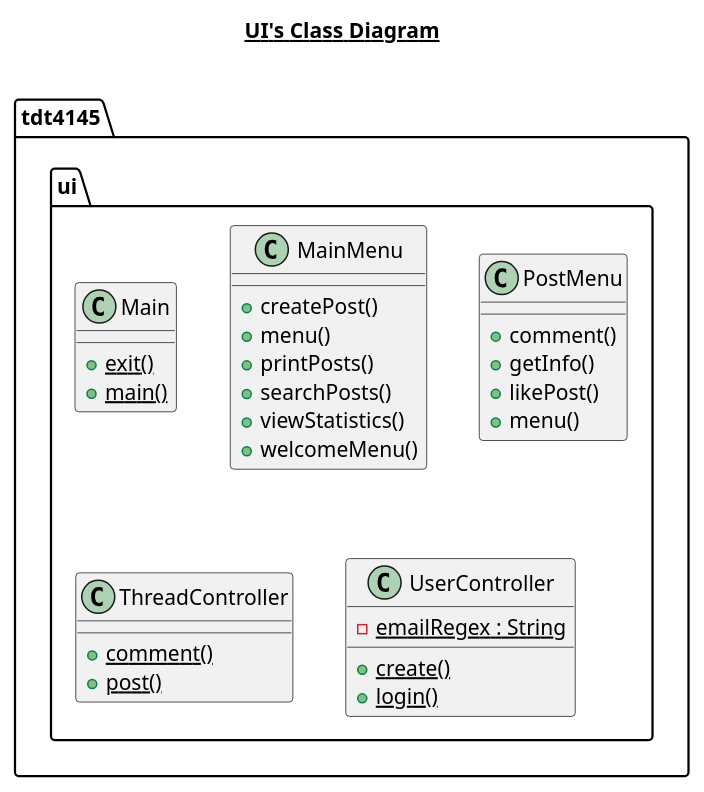
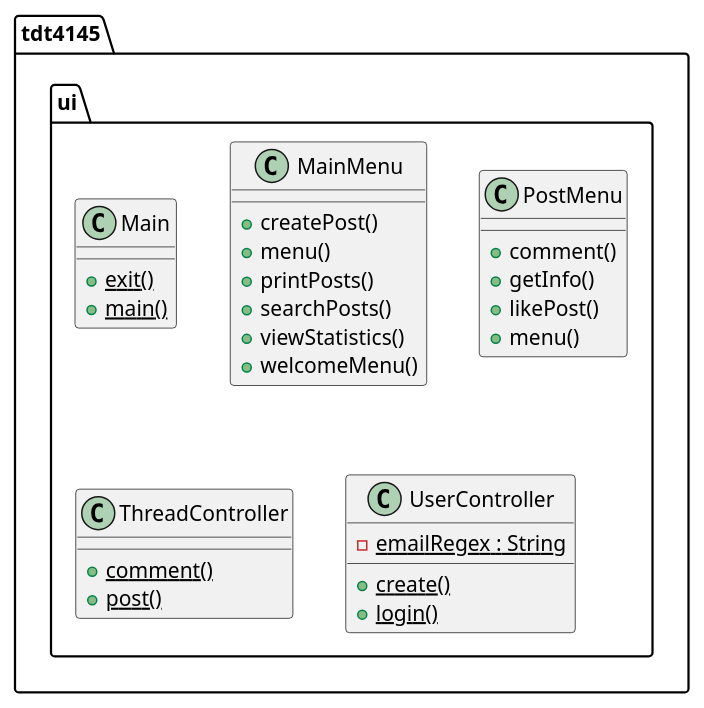
One commit to StefanTomic-NTNU/piazza changed the diagram in documentation/UML/ui.plantuml. Above: the diagram before and after it, drawn with PlantUML. The commit also changed 1 other file, not shown here.

```diff
--- a/documentation/UML/ui.plantuml
+++ b/documentation/UML/ui.plantuml
@@ -1,51 +1,48 @@
 @startuml
-
-title __UI's Class Diagram__\n
-
   namespace tdt4145.ui {
     class tdt4145.ui.Main {
         {static} + exit()
         {static} + main()
     }
   }
   
 
   namespace tdt4145.ui {
     class tdt4145.ui.MainMenu {
         + createPost()
         + menu()
         + printPosts()
         + searchPosts()
         + viewStatistics()
         + welcomeMenu()
     }
   }
   
 
   namespace tdt4145.ui {
     class tdt4145.ui.PostMenu {
         + comment()
         + getInfo()
         + likePost()
         + menu()
     }
   }
   
 
   namespace tdt4145.ui {
     class tdt4145.ui.ThreadController {
         {static} + comment()
         {static} + post()
     }
   }
   
 
   namespace tdt4145.ui {
     class tdt4145.ui.UserController {
         {static} - emailRegex : String
         {static} + create()
         {static} + login()
     }
   }
 
 @enduml
```
